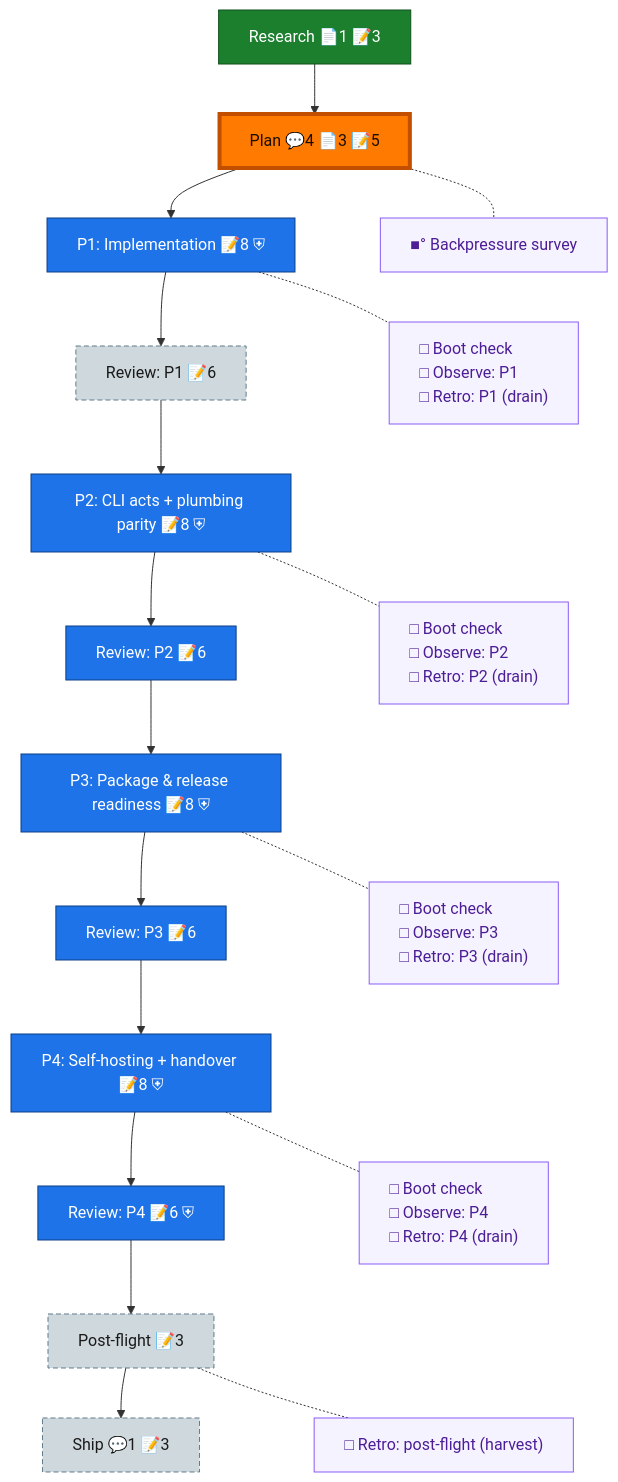
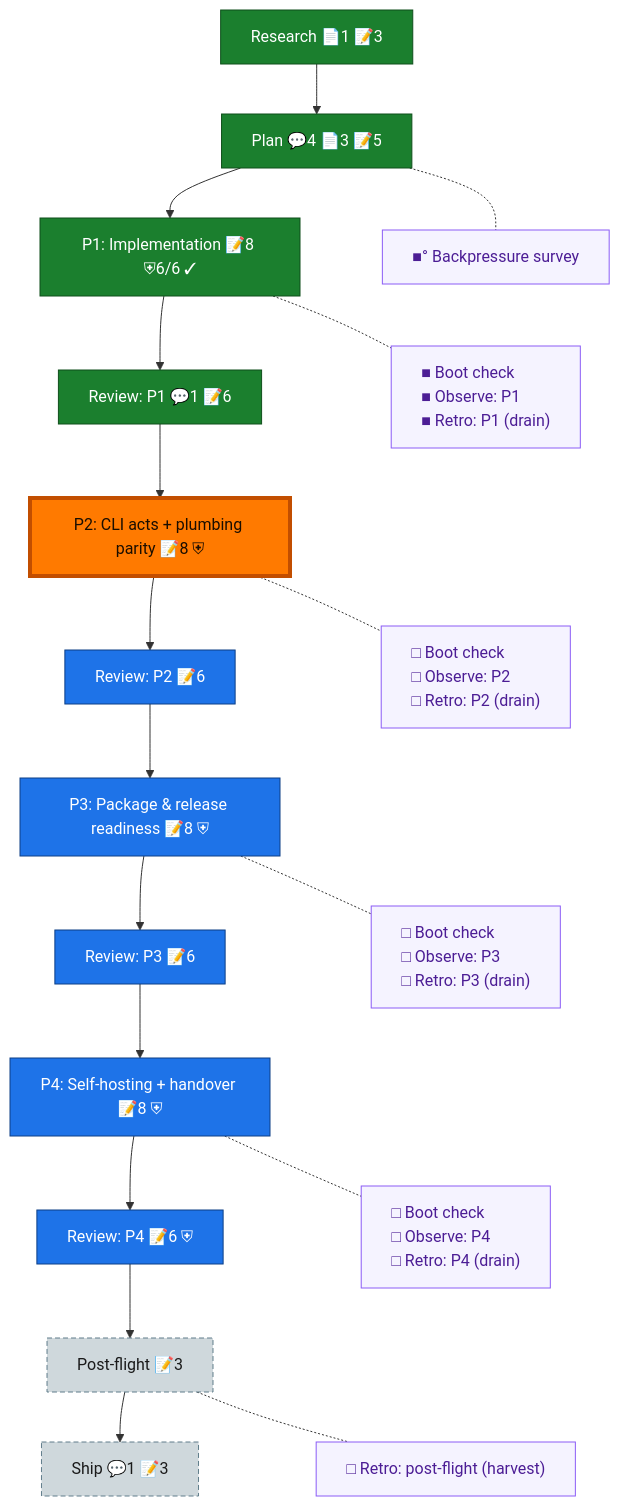
Before and after one commit to AI-Substrate/dd: the diagram in docs/plans/001-dd-extraction/the-flow.md, drawn with Mermaid. The commit also changed other lines of this file and 5 other files, not shown here.

Commit message:
docs: phase 1 closed — ac-0001 checked with execution-log proof, review-1 verdict recorded, flight advanced to phase-2

````diff
--- a/docs/plans/001-dd-extraction/the-flow.md
+++ b/docs/plans/001-dd-extraction/the-flow.md
@@ -8,42 +8,43 @@
 ```mermaid
 flowchart TD
     research["Research 📄1 📝3"]:::done
     plan["Plan 💬4 📄3 📝5"]:::done
-    phase_1["P1: Implementation 📝8 ⛨"]:::known
-    review_1["Review: P1 📝6"]:::assumed
-    phase_2["P2: CLI acts + plumbing parity 📝8 ⛨"]:::known
+    phase_1["P1: Implementation 📝8 ⛨6/6 ✓"]:::done
+    review_1["Review: P1 💬1 📝6"]:::done
+    phase_2["P2: CLI acts + plumbing parity 📝8 ⛨"]:::wip
     review_2["Review: P2 📝6"]:::known
     phase_3["P3: Package & release readiness 📝8 ⛨"]:::known
     review_3["Review: P3 📝6"]:::known
     phase_4["P4: Self-hosting + handover 📝8 ⛨"]:::known
     review_4["Review: P4 📝6 ⛨"]:::known
     post_flight["Post-flight 📝3"]:::assumed
     ship["Ship 💬1 📝3"]:::assumed
 
     research --> plan --> phase_1 --> review_1 --> phase_2 --> review_2 --> phase_3 --> review_3 --> phase_4 --> review_4 --> post_flight --> ship
 
     planC["■° Backpressure survey"]:::chore
-    phase_1C["□ Boot check<br/>□ Observe: P1<br/>□ Retro: P1 (drain)"]:::chore
+    phase_1C["■ Boot check<br/>■ Observe: P1<br/>■ Retro: P1 (drain)"]:::chore
     phase_2C["□ Boot check<br/>□ Observe: P2<br/>□ Retro: P2 (drain)"]:::chore
     phase_3C["□ Boot check<br/>□ Observe: P3<br/>□ Retro: P3 (drain)"]:::chore
     phase_4C["□ Boot check<br/>□ Observe: P4<br/>□ Retro: P4 (drain)"]:::chore
     post_flightC["□ Retro: post-flight (harvest)"]:::chore
 
     %% invisible chain holds the gutter boxes in their own column
     planC ~~~ phase_1C ~~~ phase_2C ~~~ phase_3C ~~~ phase_4C ~~~ post_flightC
 
     %% dotted links pull each gutter box beside its node
     plan -.- planC
     phase_1 -.- phase_1C
     phase_2 -.- phase_2C
     phase_3 -.- phase_3C
     phase_4 -.- phase_4C
     post_flight -.- post_flightC
 
     classDef done fill:#1B7F2E,stroke:#0F4F1B,color:#fff;
+    classDef wip fill:#43C04A,stroke:#1B7F2E,color:#04210A;
     classDef known fill:#1E73E8,stroke:#0D3F86,color:#fff;
     classDef assumed fill:#CFD8DC,stroke:#607D8B,color:#1a1a1a,stroke-dasharray:5 3;
     classDef chore fill:#f5f3ff,stroke:#8b5cf6,color:#4c1d95,text-align:left;
     classDef current fill:#FF7A00,stroke:#C24E00,color:#1a0e00,stroke-width:4px;
-    class plan current;
+    class phase_2 current;
 ```
````
